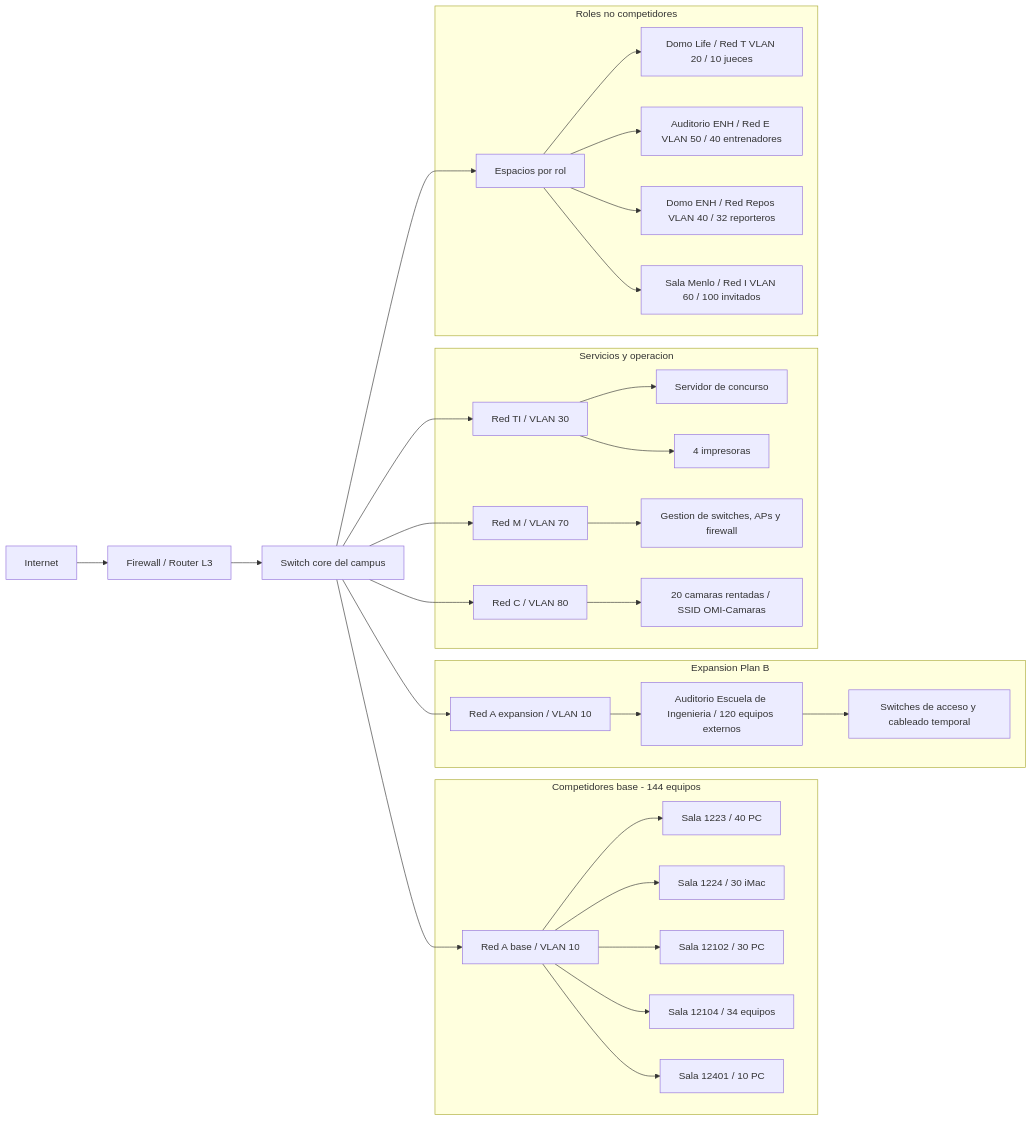
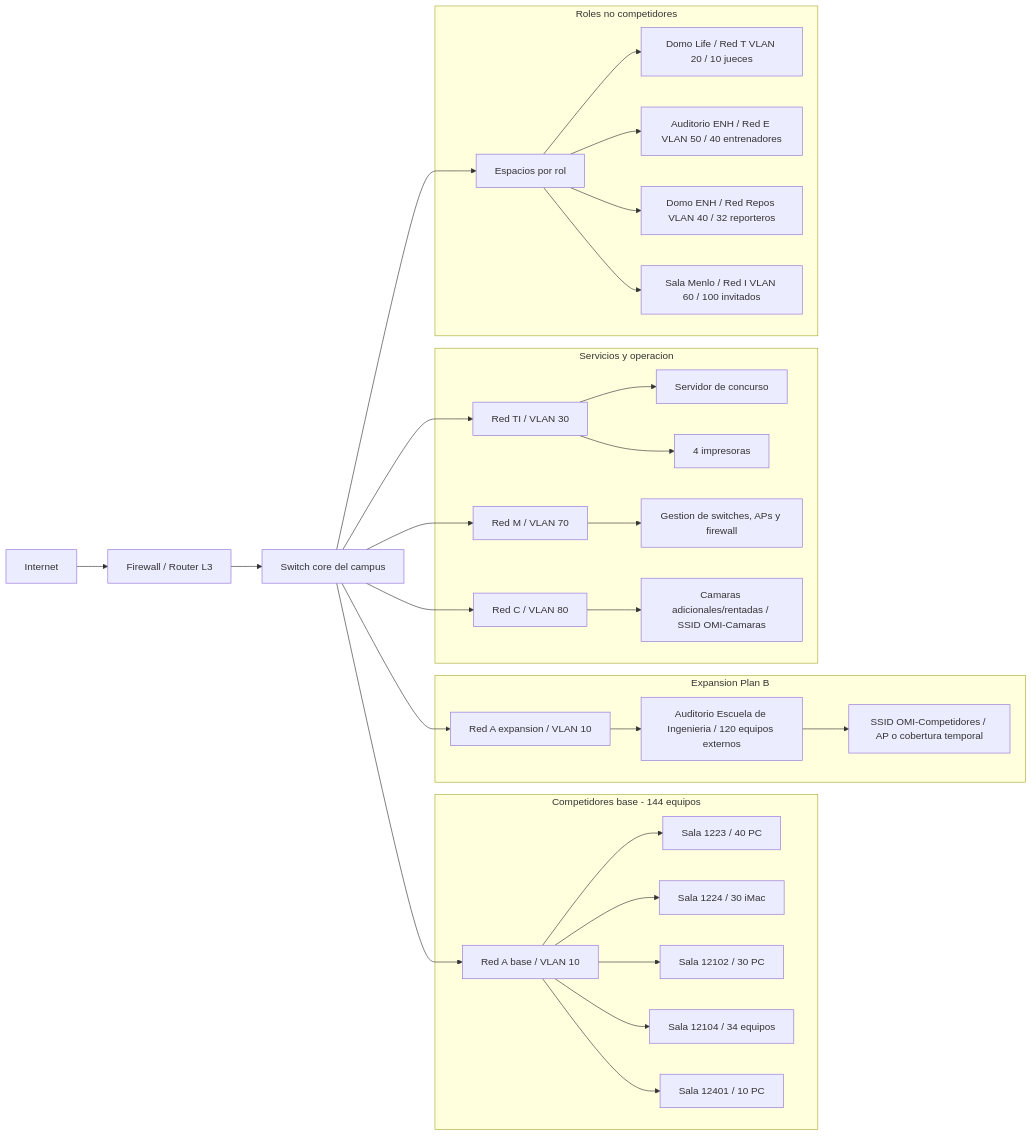
One commit to Alanzphy/networking_project changed the second of 2 diagrams in docs/entregables/ActReto01-bosquejos-red.md. Above: the diagram before and after it, drawn with Mermaid. The commit also changed other lines of this file and 17 other files, not shown here.

````diff
--- a/docs/entregables/ActReto01-bosquejos-red.md
+++ b/docs/entregables/ActReto01-bosquejos-red.md
@@ -57,47 +57,47 @@
 ```mermaid
 ---
 config:
   theme: default
   layout: dagre
   fontFamily: '''Recursive Variable'', sans-serif'
   themeVariables:
     fontFamily: '''Recursive Variable'', sans-serif'
 ---
 flowchart LR
     internet[Internet] --> firewall[Firewall / Router L3]
     firewall --> core[Switch core del campus]
 
     core --> redABase[Red A base / VLAN 10]
     core --> redAExpansion[Red A expansion / VLAN 10]
     core --> roles[Espacios por rol]
     core --> redTI[Red TI / VLAN 30]
     core --> redM[Red M / VLAN 70]
     core --> redC[Red C / VLAN 80]
 
     subgraph base["Competidores base - 144 equipos"]
         redABase --> s1223[Sala 1223 / 40 PC]
         redABase --> s1224[Sala 1224 / 30 iMac]
         redABase --> s12102[Sala 12102 / 30 PC]
         redABase --> s12104[Sala 12104 / 34 equipos]
         redABase --> s12401[Sala 12401 / 10 PC]
     end
 
     subgraph expansionB["Expansion Plan B"]
         redAExpansion --> audIng[Auditorio Escuela de Ingenieria / 120 equipos externos]
-        audIng --> swAud[Switches de acceso y cableado temporal]
+        audIng --> wifiAud[SSID OMI-Competidores / AP o cobertura temporal]
     end
 
     subgraph servicios["Servicios y operacion"]
         redTI --> servidor[Servidor de concurso]
         redTI --> impresoras[4 impresoras]
         redM --> gestion[Gestion de switches, APs y firewall]
-        redC --> camaras[20 camaras rentadas / SSID OMI-Camaras]
+        redC --> camaras[Camaras adicionales/rentadas / SSID OMI-Camaras]
     end
 
     subgraph espacios["Roles no competidores"]
         roles --> jueces[Domo Life / Red T VLAN 20 / 10 jueces]
         roles --> entrenadores[Auditorio ENH / Red E VLAN 50 / 40 entrenadores]
         roles --> reporteros[Domo ENH / Red Repos VLAN 40 / 32 reporteros]
         roles --> invitados[Sala Menlo / Red I VLAN 60 / 100 invitados]
     end
 ```
````
